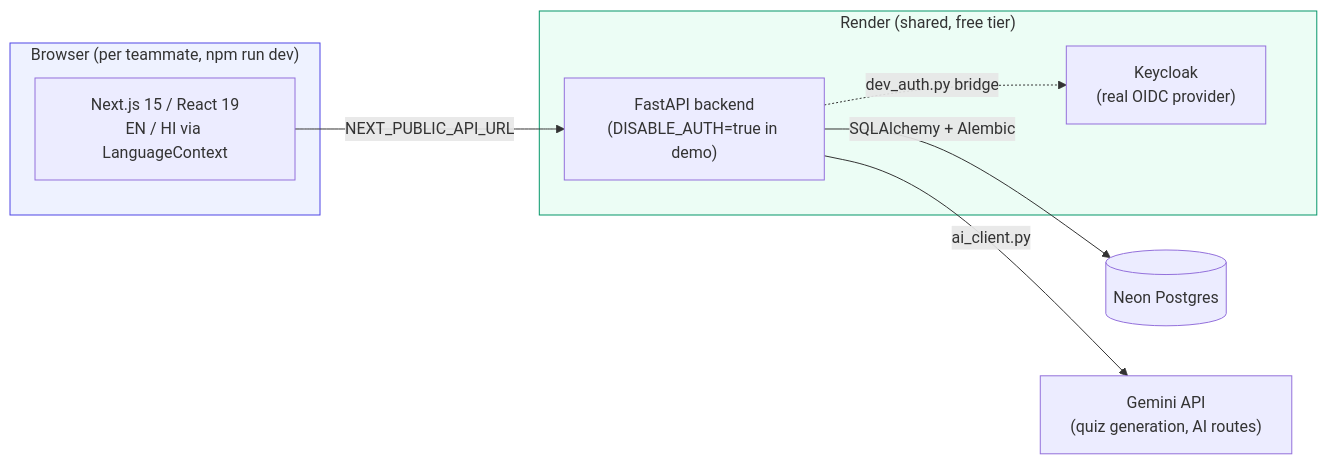
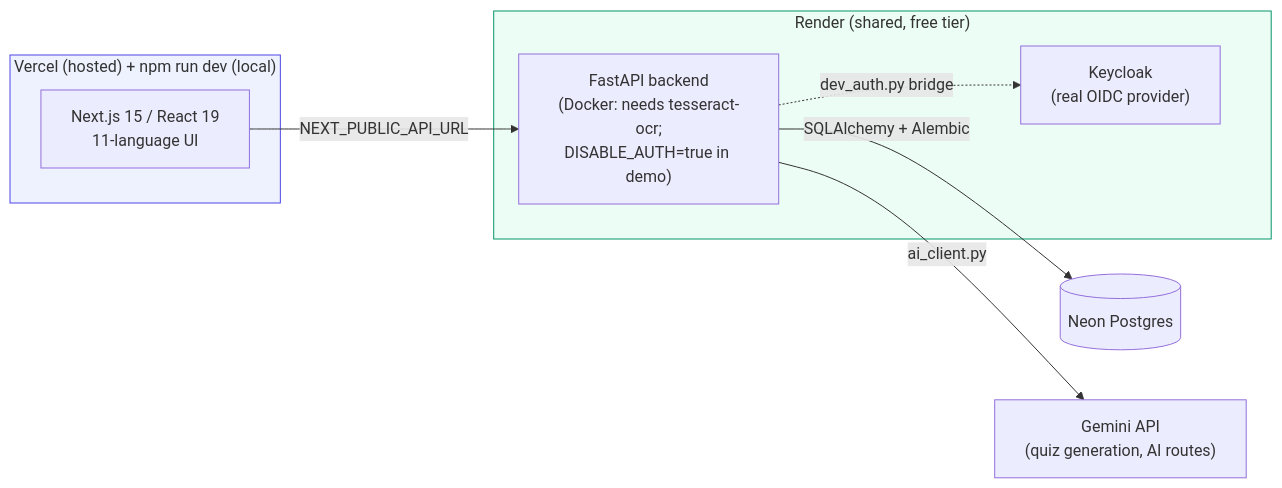
Before and after one commit to Deltasthicc/PRISM: the first of 3 diagrams in README.md, drawn with Mermaid. The commit also changed other lines of this file and 3 other files, not shown here.

First line of the commit message:
fix: allow the hosted Vercel frontend through backend CORS (#86)

````diff
--- a/README.md
+++ b/README.md
@@ -62,22 +64,22 @@
 ```mermaid
 flowchart LR
-    subgraph Client["Browser (per teammate, npm run dev)"]
-        FE["Next.js 15 / React 19\nEN / HI via LanguageContext"]
+    subgraph Vercel["Vercel (hosted) + npm run dev (local)"]
+        FE["Next.js 15 / React 19\n11-language UI"]
     end
 
     subgraph Render["Render (shared, free tier)"]
-        BE["FastAPI backend\n(DISABLE_AUTH=true in demo)"]
+        BE["FastAPI backend\n(Docker: needs tesseract-ocr;\nDISABLE_AUTH=true in demo)"]
         KC["Keycloak\n(real OIDC provider)"]
     end
 
     NEON[("Neon Postgres")]
     GEMINI["Gemini API\n(quiz generation, AI routes)"]
 
     FE -- "NEXT_PUBLIC_API_URL" --> BE
     BE -- "SQLAlchemy + Alembic" --> NEON
     BE -. "dev_auth.py bridge" .-> KC
     BE -- "ai_client.py" --> GEMINI
 
-    style Client fill:#eef2ff,stroke:#4f46e5
+    style Vercel fill:#eef2ff,stroke:#4f46e5
     style Render fill:#ecfdf5,stroke:#059669
 ```
````
